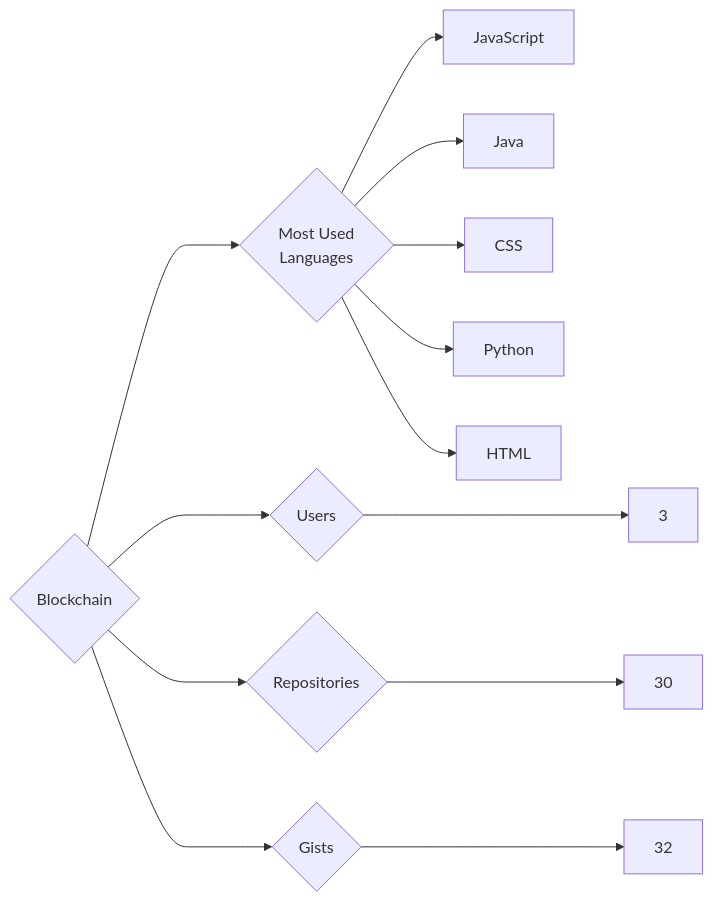
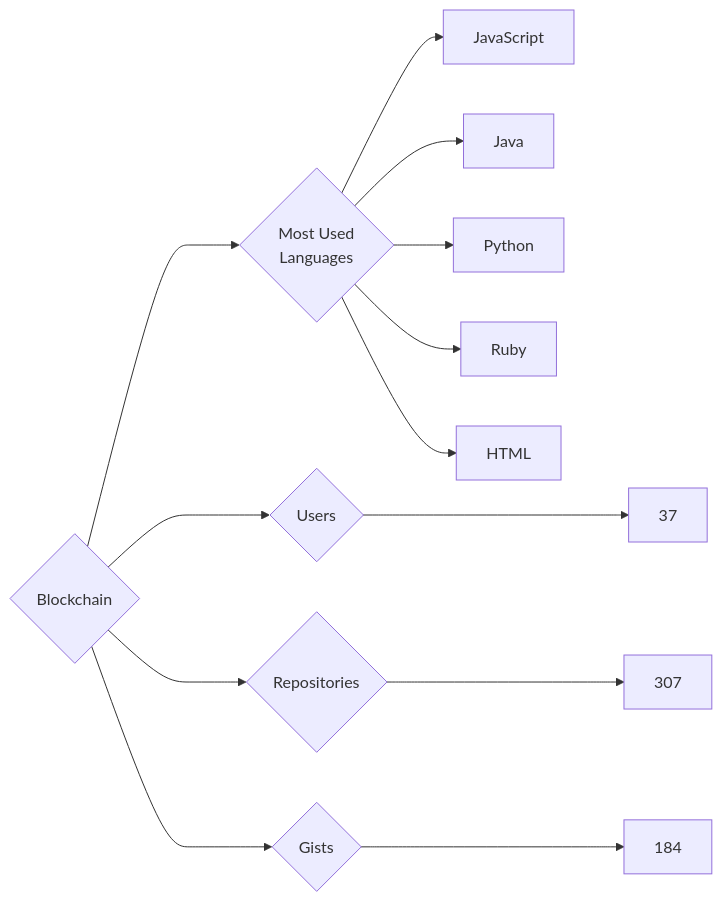
One commit to trickest/insiders changed the diagram in targets/Blockchain/README.md. Above: the diagram before and after it, drawn with Mermaid. The commit also changed 925 other files, not shown here.

````diff
--- a/targets/Blockchain/README.md
+++ b/targets/Blockchain/README.md
@@ -3,13 +3,13 @@
 ```mermaid
 graph LR
 COMPANY_NAME{Blockchain}
-COMPANY_NAME ---> U{Users} ---> UN[3]
-COMPANY_NAME ---> R{Repositories} ---> RN[30]
-COMPANY_NAME ---> G{Gists} ---> GN[32]
+COMPANY_NAME ---> U{Users} ---> UN[37]
+COMPANY_NAME ---> R{Repositories} ---> RN[307]
+COMPANY_NAME ---> G{Gists} ---> GN[184]
 COMPANY_NAME ---> ML{Most Used<br>Languages}
 ML --> JavaScript[JavaScript]
 ML --> Java[Java]
-ML --> CSS[CSS]
 ML --> Python[Python]
+ML --> Ruby[Ruby]
 ML --> HTML[HTML]
 ```
````
